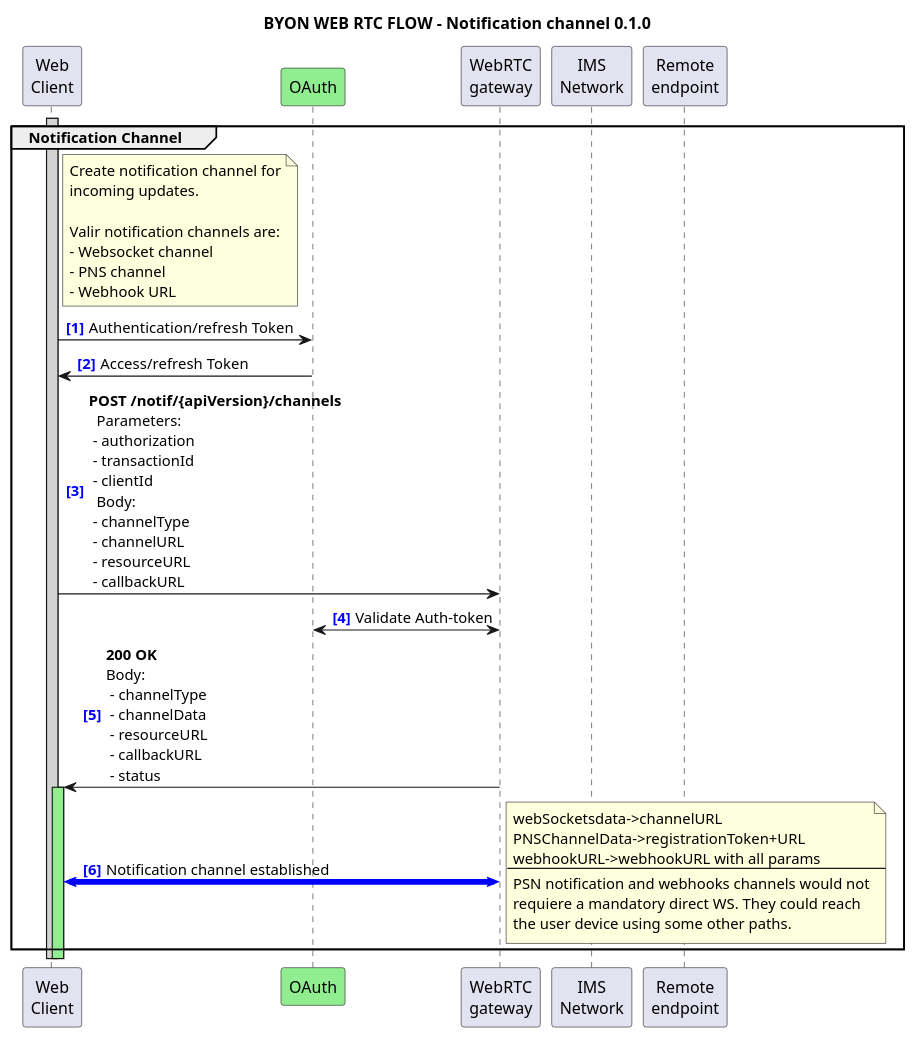
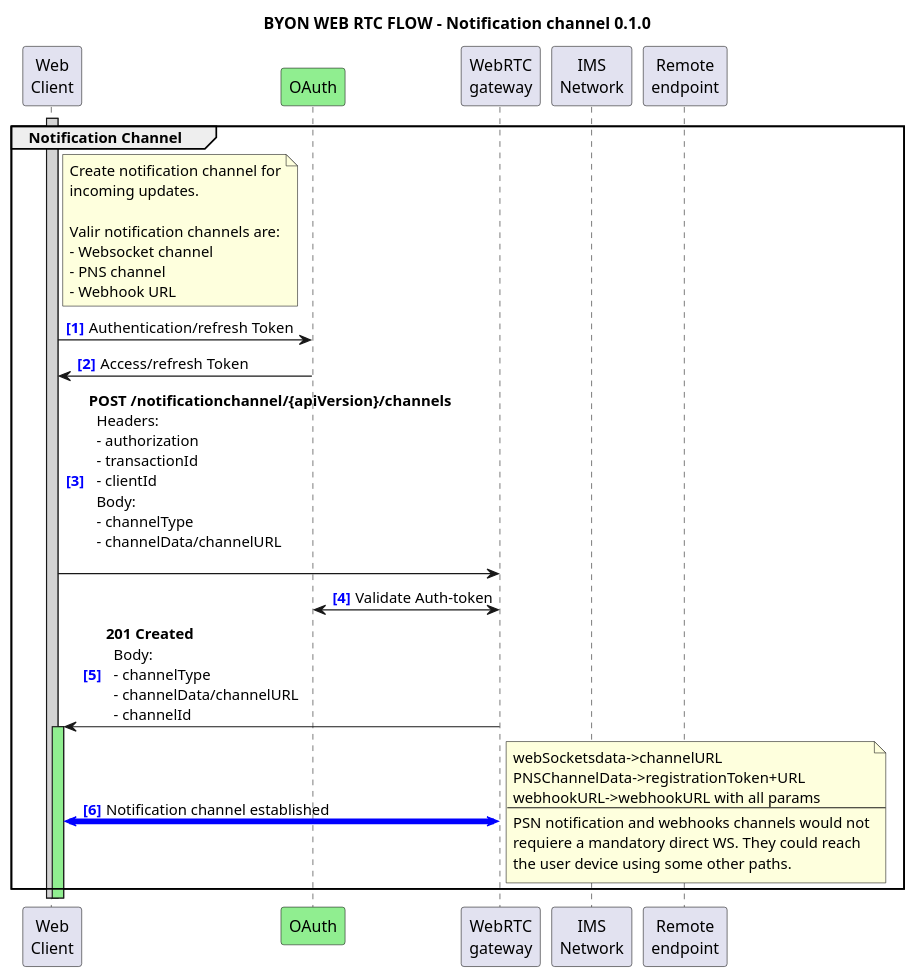
Before and after one commit to camaraproject/WebRTC: the diagram in documentation/API_documentation/FlowsBYON-NotificationChannel.wsd, drawn with PlantUML. The commit also changed 5 other files, not shown here.

```diff
--- a/documentation/API_documentation/FlowsBYON-NotificationChannel.wsd
+++ b/documentation/API_documentation/FlowsBYON-NotificationChannel.wsd
@@ -1,68 +1,76 @@
 @startuml BYON NotificationChannel 0.1.0
 
 title "BYON WEB RTC FLOW - Notification channel 0.1.0"
 autonumber "<font color=blue><b>[0]"
 
 <style>
 .audioStyle {
   arrow {
     LineColor red
     LineThickness 5
   }
 }
 .wsStyle {
   arrow {
     LineColor blue
     LineThickness 5
   }
 }
 </style>
 
 'participant "Notification\nclient" as WebClient
 participant "Web\nClient" as WebClient
 participant OAuth #LightGreen
 participant "WebRTC\ngateway" as WebRTC_GW
 participant "IMS\nNetwork" as IMS_Network
 participant "Remote\nendpoint" as RemoteEndpoint
 
 ' --- Notification Channel 
 group Notification Channel 
 note right WebClient
   Create notification channel for
   incoming updates.
   
   Valir notification channels are:
   - Websocket channel
   - PNS channel
   - Webhook URL
 end note
 
 activate WebClient #LightGray
 
 WebClient -> OAuth: Authentication/refresh Token
 OAuth -> WebClient: Access/refresh Token
   
-WebClient -> WebRTC_GW: **POST /notif/{apiVersion}/channels** \n\
-  Parameters:\n - authorization\n - transactionId\n - clientId\n\
-  Body:\n - channelType\n - channelURL\n - resourceURL\n - callbackURL
+WebClient -> WebRTC_GW: **POST /notificationchannel/{apiVersion}/channels** \n\
+  Headers:\n\
+  - authorization\n\
+  - transactionId\n\
+  - clientId\n\
+  Body:\n\
+  - channelType\n\
+  - channelData/channelURL\n\
 
 WebRTC_GW <-> OAuth: Validate Auth-token
 
-WebRTC_GW -> WebClient: **200 OK**\nBody:\n\
- - channelType\n - channelData\n - resourceURL\n - callbackURL\n - status
+WebRTC_GW -> WebClient: **201 Created**\n\
+  Body:\n\
+  - channelType\n\
+  - channelData/channelURL\n\
+  - channelId
 
 activate WebClient #LightGreen
 
 WebClient <-> WebRTC_GW <<wsStyle>>: Notification channel established
 note right 
   webSocketsdata->channelURL
   PNSChannelData->registrationToken+URL
   webhookURL->webhookURL with all params
   --
   PSN notification and webhooks channels would not
   requiere a mandatory direct WS. They could reach
   the user device using some other paths.
 end note
 end
 
 @enduml
```
